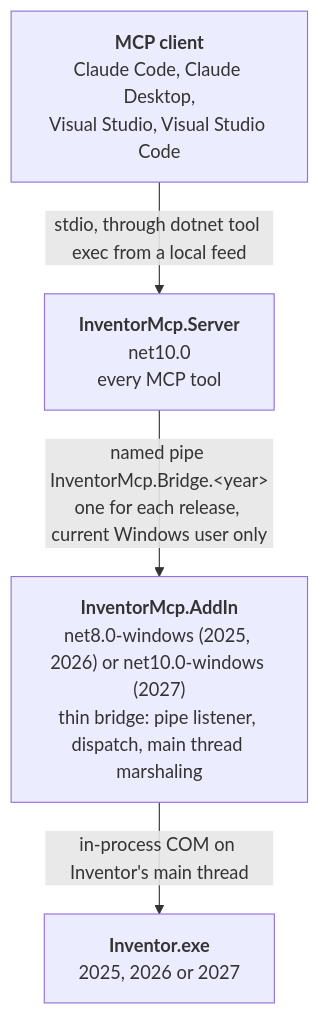
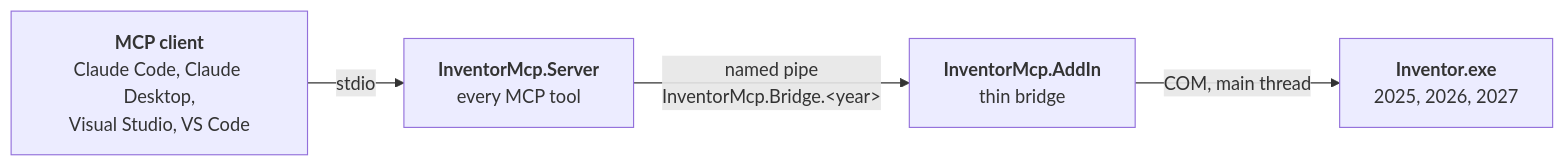
Before and after one commit to tylerwarner33/autodesk-inventor-mcp: the diagram in Docs/Architecture.md, drawn with Mermaid. The commit also changed other lines of this file, not shown here.

Commit message:
Draw the Shape diagram left to right
The top-down diagram took four boxes of height. The boxes now hold only a
name and one line, and the details are in a paragraph below the diagram.

````diff
--- a/Docs/Architecture.md
+++ b/Docs/Architecture.md
@@ -8,11 +8,11 @@
 ```mermaid
-flowchart TD
-    client["<b>MCP client</b><br/>Claude Code, Claude Desktop,<br/>Visual Studio, Visual Studio Code"]
-    server["<b>InventorMcp.Server</b><br/>net10.0<br/>every MCP tool"]
-    addin["<b>InventorMcp.AddIn</b><br/>net8.0-windows (2025, 2026) or net10.0-windows (2027)<br/>thin bridge: pipe listener, dispatch, main thread marshaling"]
-    inventor["<b>Inventor.exe</b><br/>2025, 2026 or 2027"]
+flowchart LR
+    client["<b>MCP client</b><br/>Claude Code, Claude Desktop,<br/>Visual Studio, VS Code"]
+    server["<b>InventorMcp.Server</b><br/>every MCP tool"]
+    addin["<b>InventorMcp.AddIn</b><br/>thin bridge"]
+    inventor["<b>Inventor.exe</b><br/>2025, 2026, 2027"]
 
-    client -- "stdio, through dotnet tool exec from a local feed" --> server
-    server -- "named pipe InventorMcp.Bridge.#lt;year#gt;<br/>one for each release, current Windows user only" --> addin
-    addin -- "in-process COM on Inventor's main thread" --> inventor
+    client -- stdio --> server
+    server -- "named pipe<br/>InventorMcp.Bridge.#lt;year#gt;" --> addin
+    addin -- "COM, main thread" --> inventor
 ```
````
